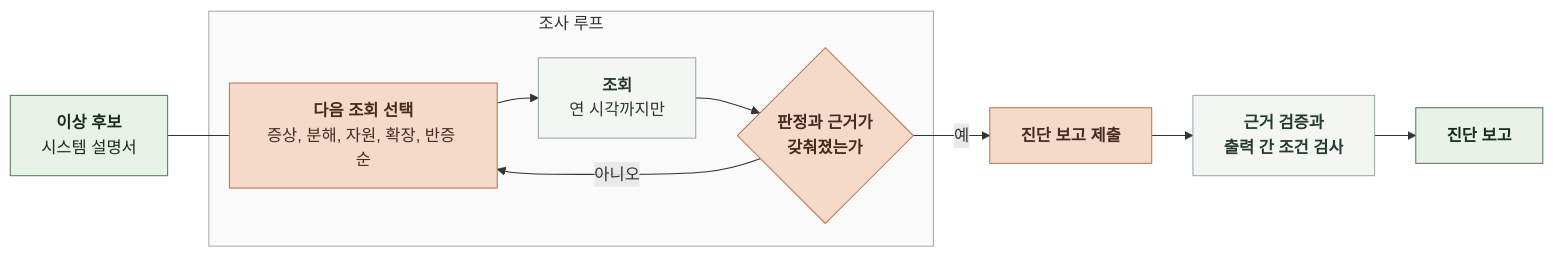
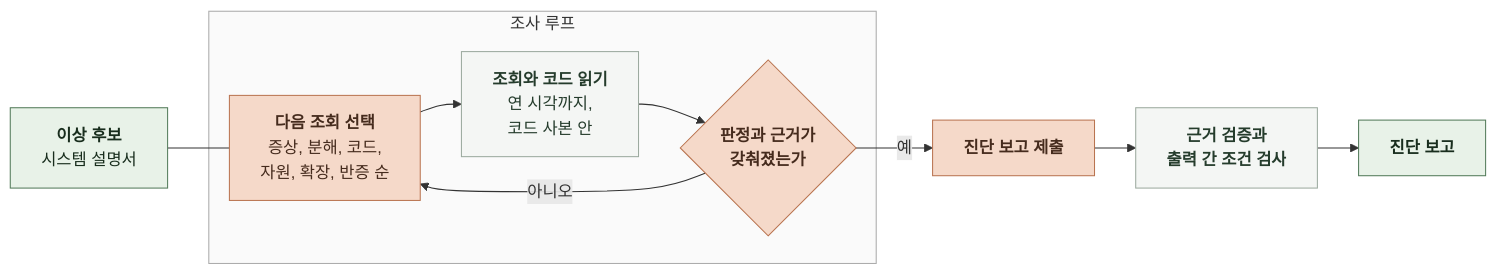
Before and after one commit to KIM-N-KANG/knk-harness: the diagram in docs/domain/OBSERVABILITY/AI/4-1-DESIGN-COGNITIVE-ARCHITECTURE.md, drawn with Mermaid. The commit also changed other lines of this file and 18 other files, not shown here.

````diff
--- a/docs/domain/OBSERVABILITY/AI/4-1-DESIGN-COGNITIVE-ARCHITECTURE.md
+++ b/docs/domain/OBSERVABILITY/AI/4-1-DESIGN-COGNITIVE-ARCHITECTURE.md
@@ -46,28 +47,30 @@
 ```mermaid
 %%{init: {"flowchart": {"curve": "basis", "nodeSpacing": 24, "rankSpacing": 40}}}%%
 flowchart LR
     C["`**이상 후보**
 시스템 설명서`"] --- Q
     subgraph LOOP["조사 루프"]
         Q["`**다음 조회 선택**
-증상, 분해, 자원, 확장, 반증 순`"]
-        T["`**조회**
-연 시각까지만`"]
+증상, 분해, 코드,
+자원, 확장, 반증 순`"]
+        T["`**조회와 코드 읽기**
+연 시각까지,
+코드 사본 안`"]
         H{"`**판정과 근거가
 갖춰졌는가**`"}
         Q --> T
         T --> H
         H -->|아니오| Q
     end
     H -->|예| R["`**진단 보고 제출**`"]
     R --> V["`**근거 검증과
 출력 간 조건 검사**`"]
     V --> O["`**진단 보고**`"]
     classDef data fill:#E8F2E8,stroke:#527A59,color:#182D1D
     classDef model fill:#F5D9C9,stroke:#B97450,color:#452B1D
     classDef code fill:#F4F6F4,stroke:#9BA99E,color:#253C2C
     class C,O data
     class Q,H,R model
     class T,V code
     style LOOP fill:#FAFAFA,stroke:#AAAAAA
 ```
````
